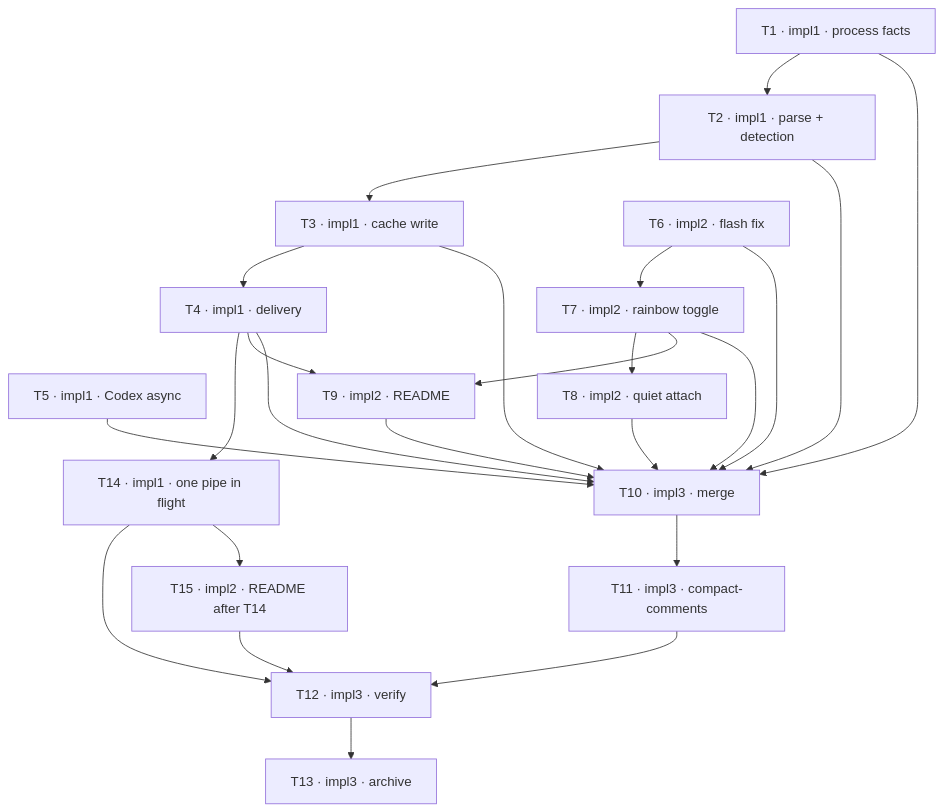
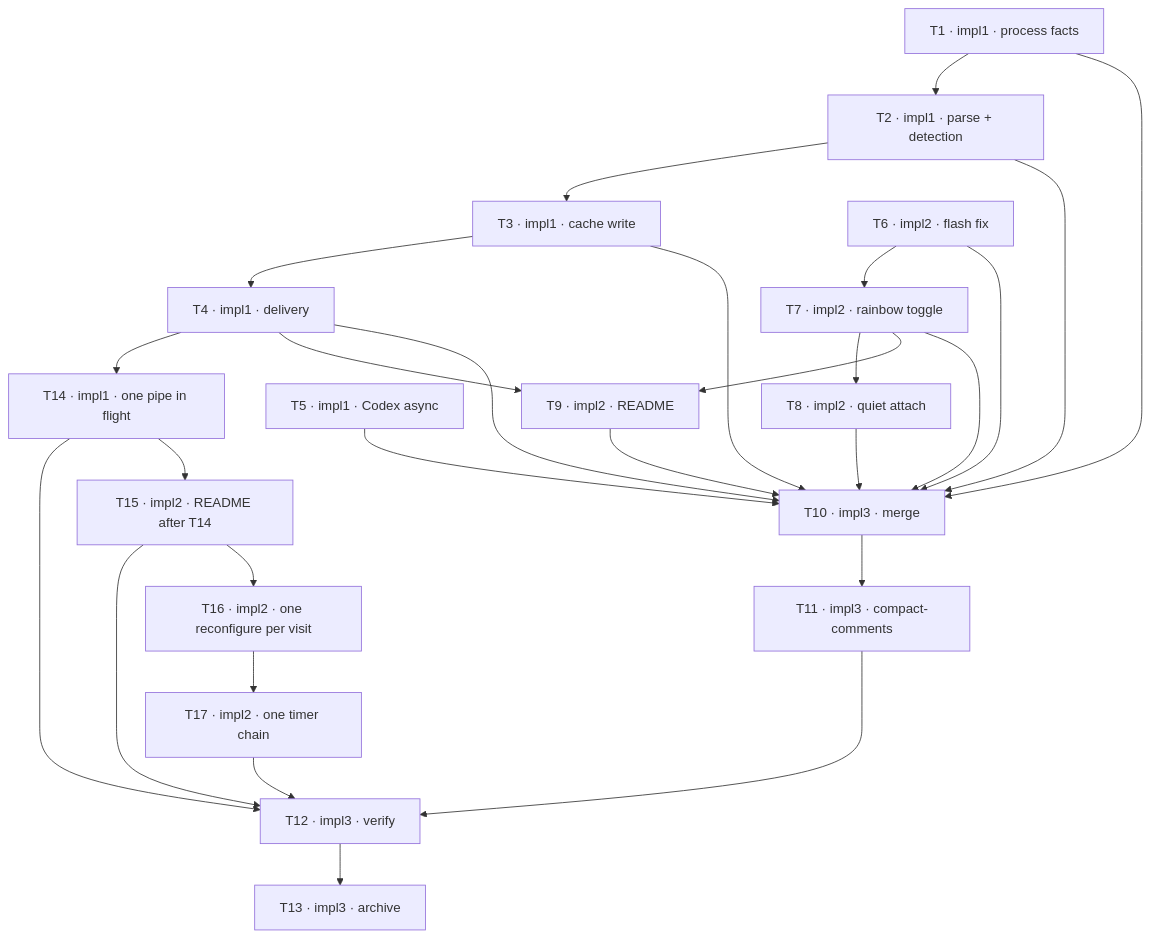
The diagram in CLAUDE_TODO-optimize-hook.md (joeyjeong07/zellaude), drawn with Mermaid before and after one commit. The commit also changed other lines of this file and 2 other files, not shown here.

Commit message:
[revise] T16 one reconfigure per visit, T17 one timer chain per instance

````diff
--- a/CLAUDE_TODO-optimize-hook.md
+++ b/CLAUDE_TODO-optimize-hook.md
@@ -40,27 +42,30 @@
 ```mermaid
 graph TD
   T1[T1 · impl1 · process facts] --> T2[T2 · impl1 · parse + detection]
   T2 --> T3[T3 · impl1 · cache write]
   T3 --> T4[T4 · impl1 · delivery]
   T4 --> T14[T14 · impl1 · one pipe in flight]
   T14 --> T12
   T14 --> T15[T15 · impl2 · README after T14]
   T15 --> T12
+  T15 --> T16[T16 · impl2 · one reconfigure per visit]
+  T16 --> T17[T17 · impl2 · one timer chain]
+  T17 --> T12
   T5[T5 · impl1 · Codex async]
   T6[T6 · impl2 · flash fix] --> T7[T7 · impl2 · rainbow toggle]
   T7 --> T8[T8 · impl2 · quiet attach]
   T4 --> T9[T9 · impl2 · README]
   T7 --> T9
   T4 --> T10[T10 · impl3 · merge]
   T5 --> T10
   T8 --> T10
   T9 --> T10
   T1 --> T10
   T2 --> T10
   T3 --> T10
   T6 --> T10
   T7 --> T10
   T10 --> T11[T11 · impl3 · compact-comments]
   T11 --> T12[T12 · impl3 · verify]
   T12 --> T13[T13 · impl3 · archive]
 ```
````
